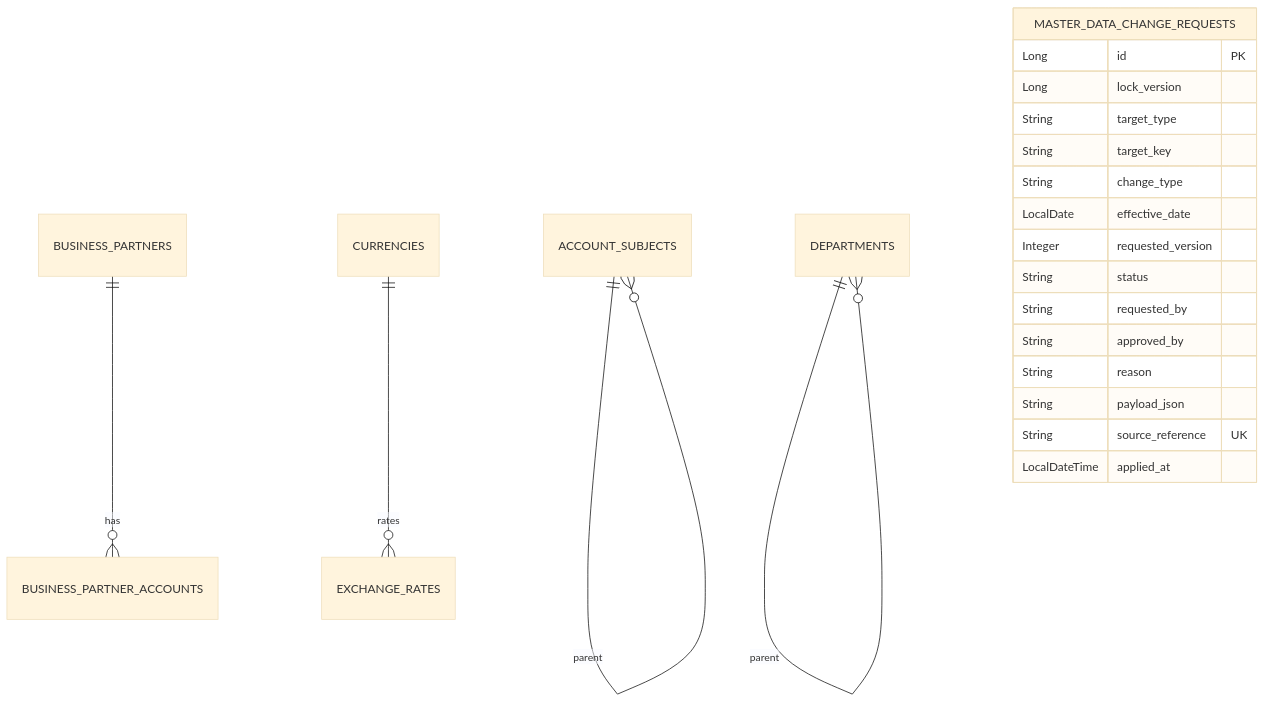
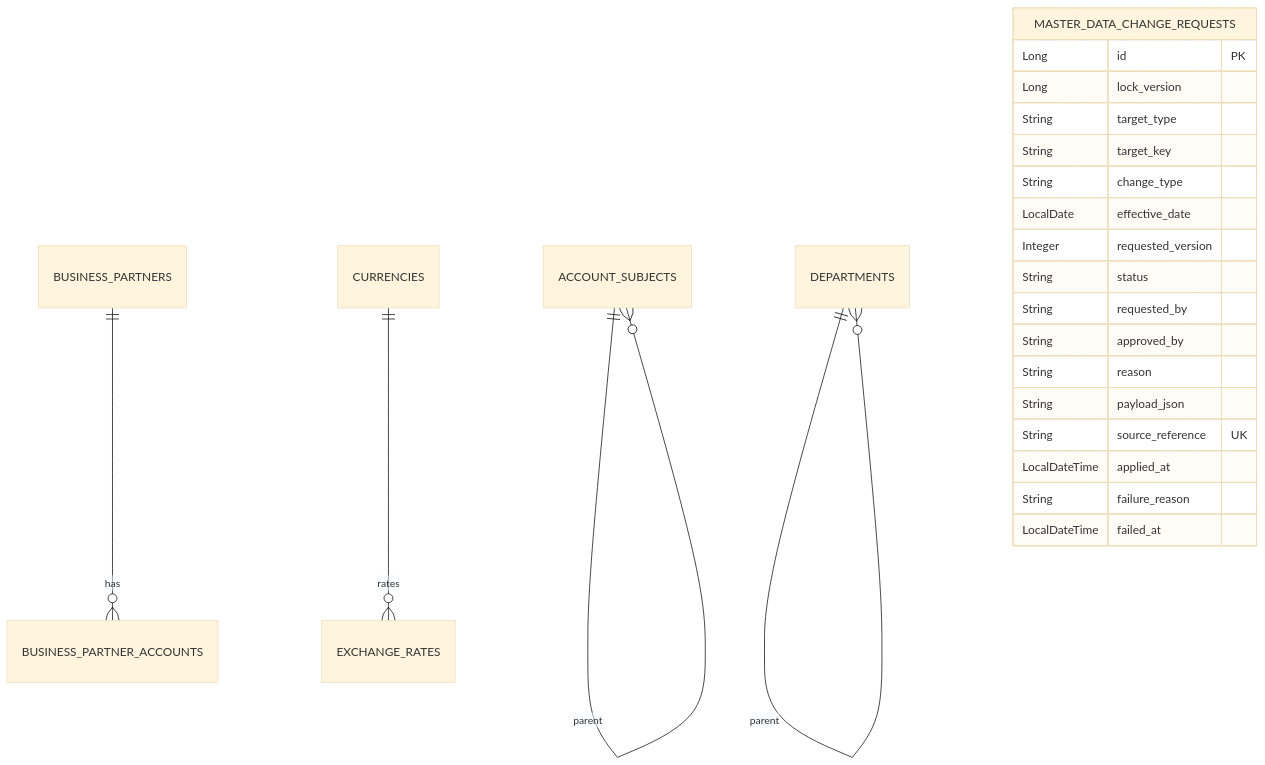
One commit to skyg547/account changed the diagram in master-data/docs/schema.md. Above: the diagram before and after it, drawn with Mermaid (base theme). The commit also changed other lines of this file and 25 other files, not shown here.

````diff
--- a/master-data/docs/schema.md
+++ b/master-data/docs/schema.md
@@ -5,23 +5,25 @@
 ```mermaid
 erDiagram
     ACCOUNT_SUBJECTS ||--o{ ACCOUNT_SUBJECTS : parent
     DEPARTMENTS ||--o{ DEPARTMENTS : parent
     BUSINESS_PARTNERS ||--o{ BUSINESS_PARTNER_ACCOUNTS : has
     CURRENCIES ||--o{ EXCHANGE_RATES : rates
     MASTER_DATA_CHANGE_REQUESTS {
         Long id PK
         Long lock_version
         String target_type
         String target_key
         String change_type
         LocalDate effective_date
         Integer requested_version
         String status
         String requested_by
         String approved_by
         String reason
         String payload_json
         String source_reference UK
         LocalDateTime applied_at
+        String failure_reason
+        LocalDateTime failed_at
     }
 ```
````
